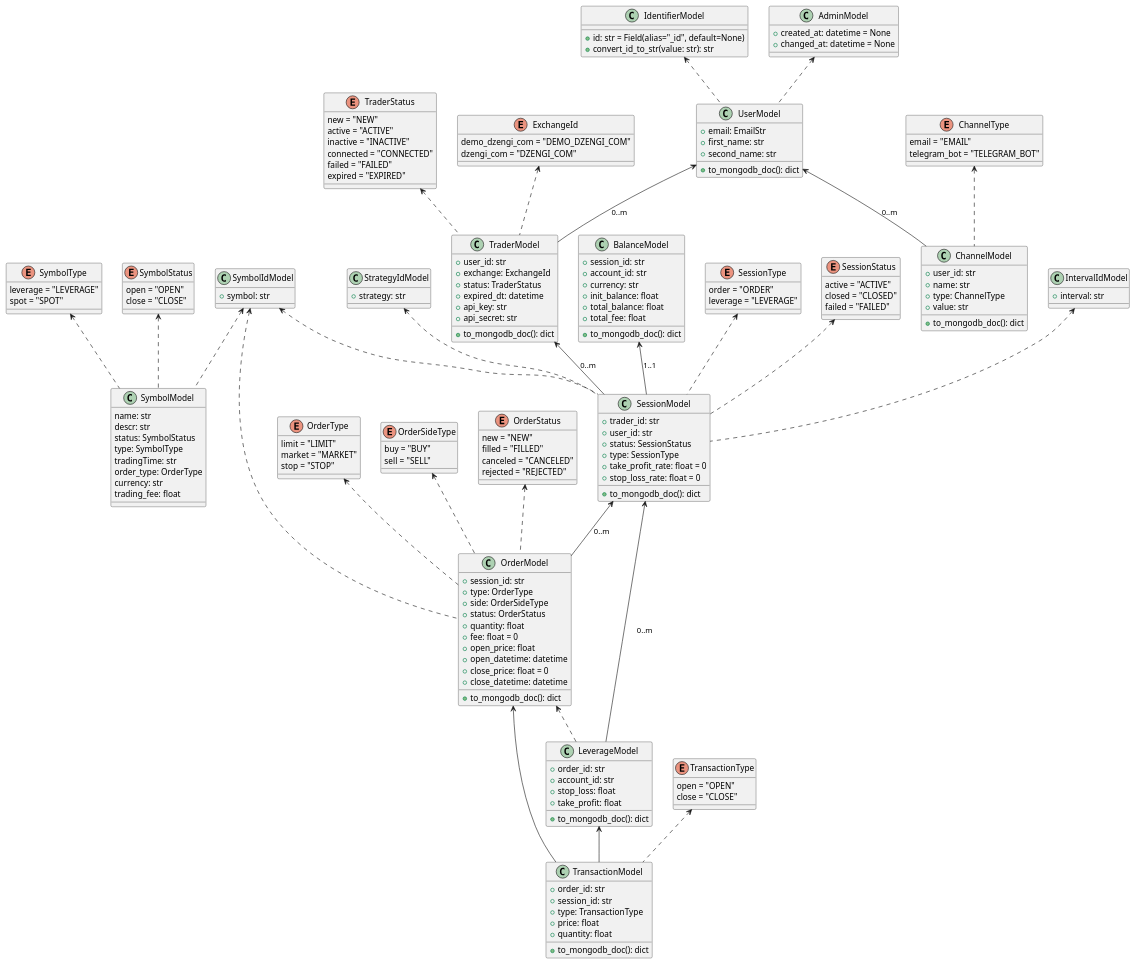
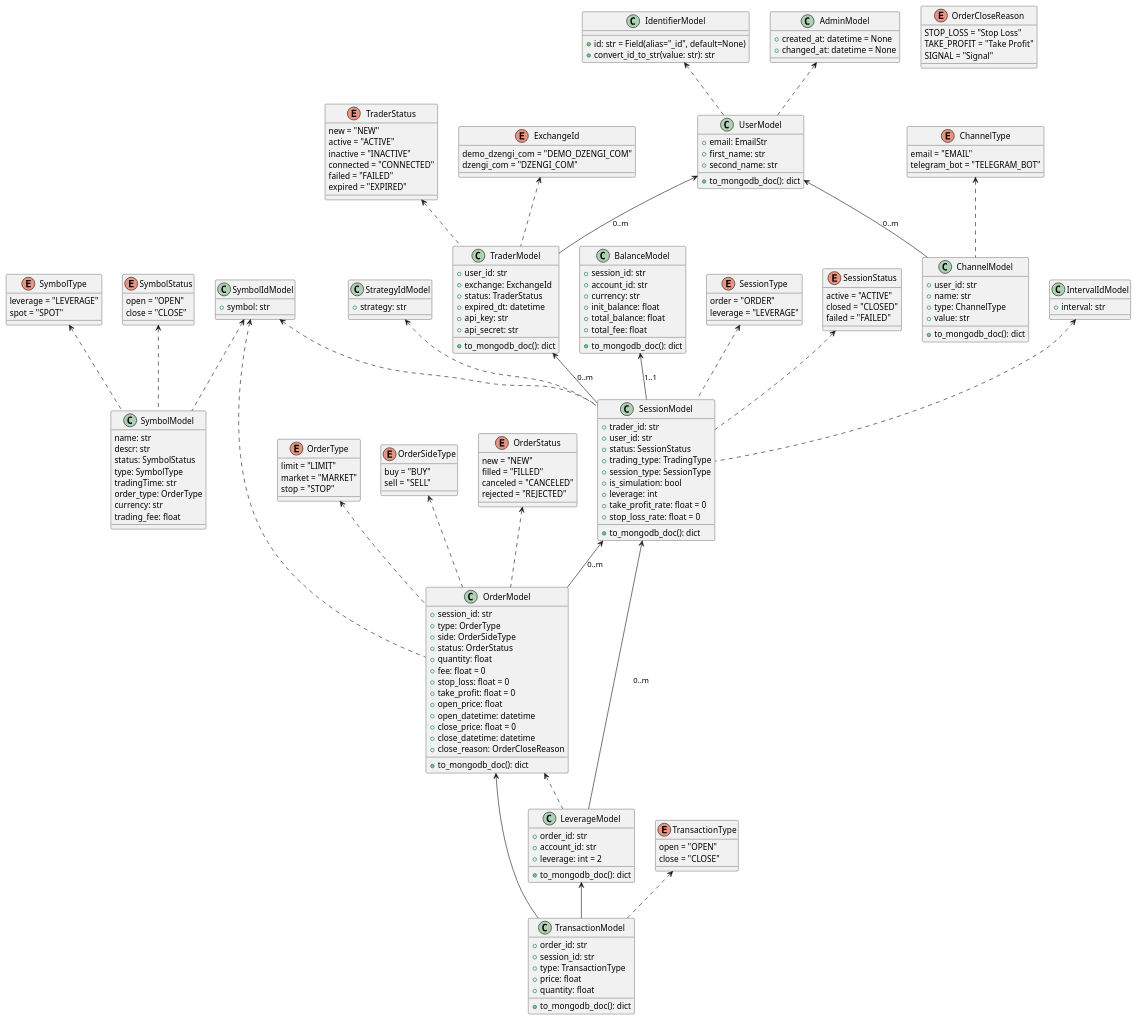
Before and after one commit to aliaksei-dunets-public/trading-tool-api: the diagram in design/uml_model_v2.plantuml, drawn with PlantUML. The commit also changed 13 other files, not shown here.

```diff
--- a/design/uml_model_v2.plantuml
+++ b/design/uml_model_v2.plantuml
@@ -24,6 +24,12 @@
 enum OrderSideType {
   buy = "BUY"
   sell = "SELL"
+}
+
+enum OrderCloseReason {
+    STOP_LOSS = "Stop Loss"
+    TAKE_PROFIT = "Take Profit"
+    SIGNAL = "Signal"
 }
 
 enum TransactionType {
@@ -151,9 +157,13 @@
   + trader_id: str
   + user_id: str
   + status: SessionStatus
-  + type: SessionType
+  + trading_type: TradingType
+  + session_type: SessionType
+  + is_simulation: bool
+  + leverage: int
   + take_profit_rate: float = 0
   + stop_loss_rate: float = 0
+
   + to_mongodb_doc(): dict
 }
 
@@ -171,10 +181,14 @@
   + status: OrderStatus
   + quantity: float
   + fee: float = 0
+  + stop_loss: float = 0
+  + take_profit: float = 0
   + open_price: float
   + open_datetime: datetime
   + close_price: float = 0
   + close_datetime: datetime
+  + close_reason: OrderCloseReason
+
   + to_mongodb_doc(): dict
 }
 
@@ -187,8 +201,8 @@
 class LeverageModel {
   + order_id: str
   + account_id: str
-  + stop_loss: float
-  + take_profit: float
+  + leverage: int = 2
+  
   + to_mongodb_doc(): dict
 }
 
```
